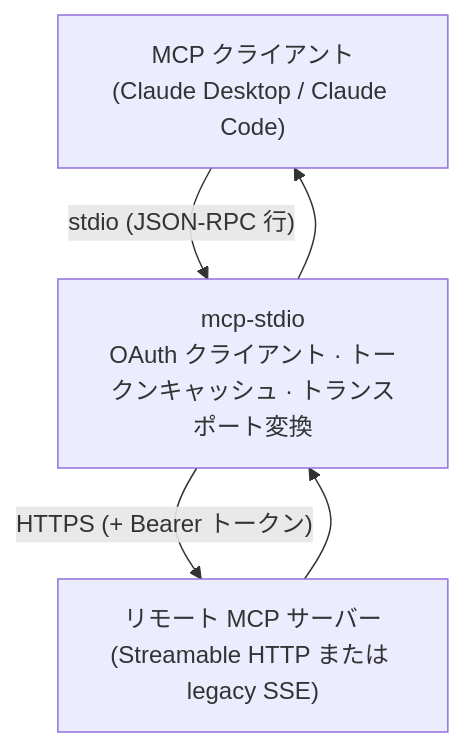
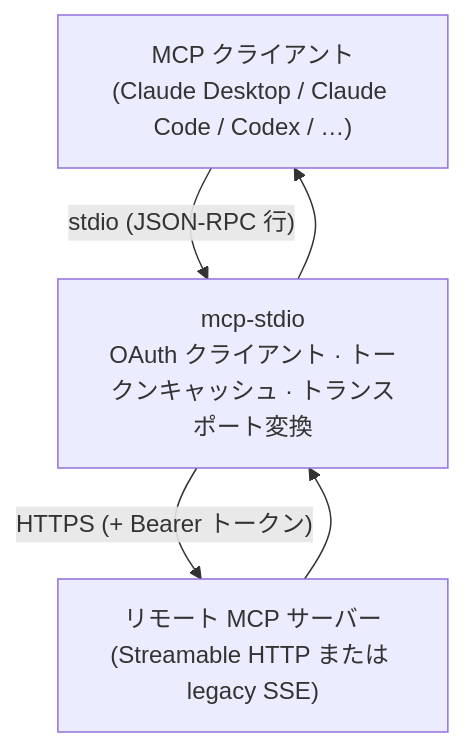
One commit to shigechika/mcp-stdio changed the first of 3 diagrams in docs/modes.ja.md. Above: the diagram before and after it, drawn with Mermaid. The commit also changed other lines of this file and 11 other files, not shown here.

First line of the commit message:
docs: show mcp-stdio works with non-Claude MCP clients (Codex, Meta Muse) (#482)

````diff
--- a/docs/modes.ja.md
+++ b/docs/modes.ja.md
@@ -27,10 +27,10 @@
 ```mermaid
 graph TD
-    A["MCP クライアント<br/>(Claude Desktop / Claude Code)"]
+    A["MCP クライアント<br/>(Claude Desktop / Claude Code / Codex / …)"]
     B["mcp-stdio<br/>OAuth クライアント · トークンキャッシュ · トランスポート変換"]
     C["リモート MCP サーバー<br/>(Streamable HTTP または legacy SSE)"]
     A -- "stdio (JSON-RPC 行)" --> B
     B -- "HTTPS (+ Bearer トークン)" --> C
     C --> B
     B --> A
 ```
````
